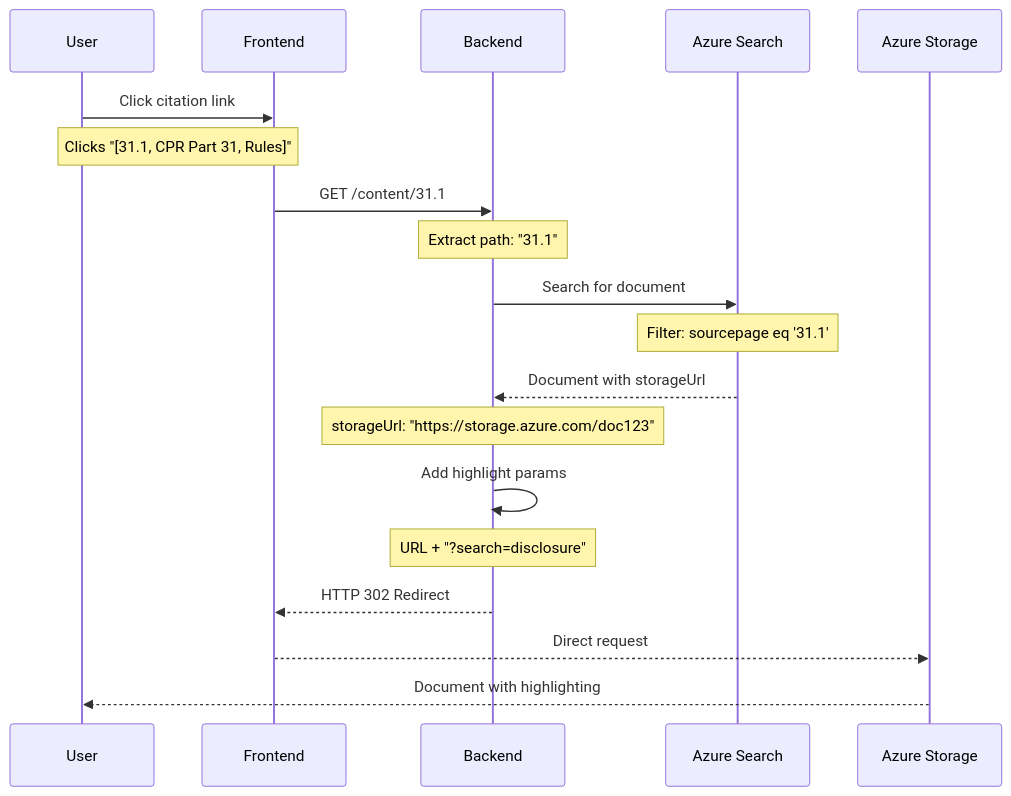
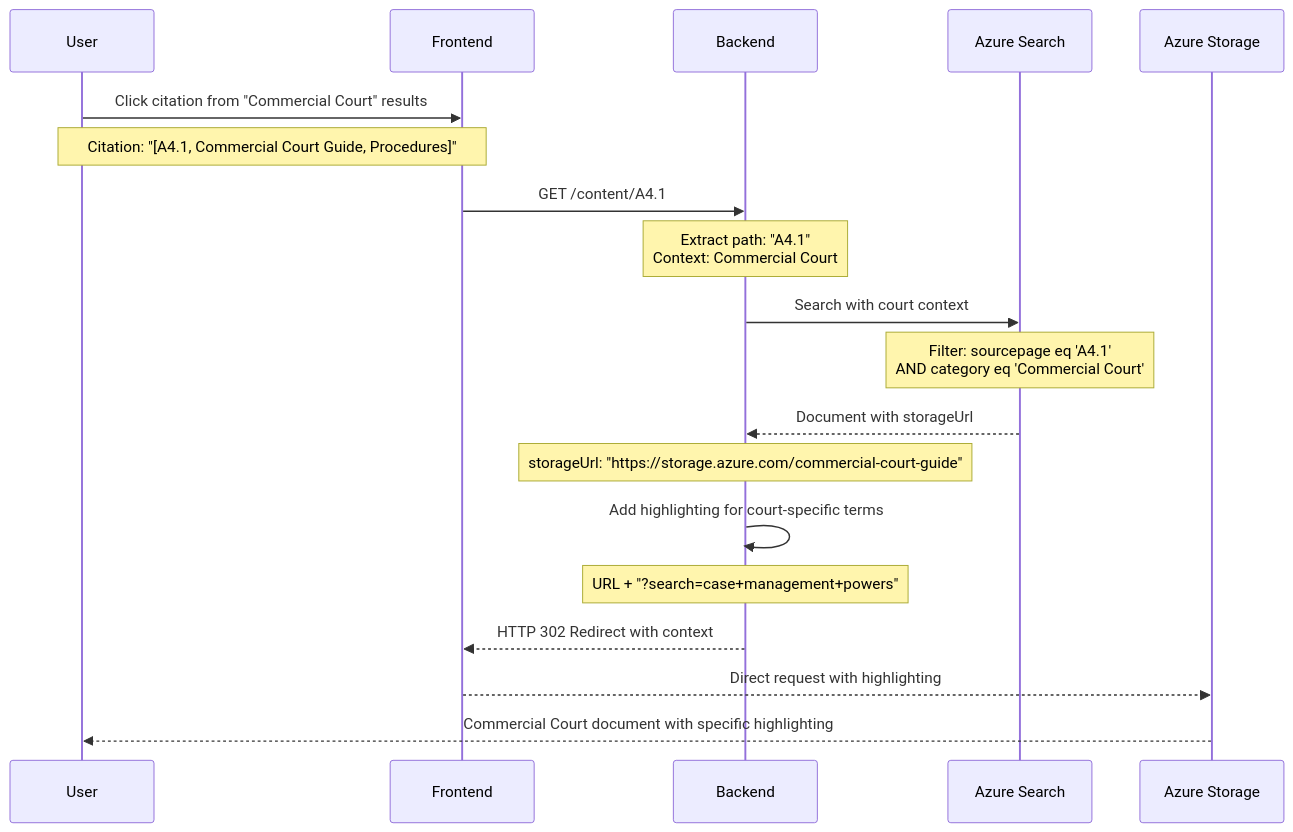
The sixth of 8 diagrams in changes and architecture/DATA_FLOW_DIAGRAMS.md (Adalex-AI/azure-search-openai-demo), drawn with Mermaid before and after one commit. The commit also changed other lines of this file and 25 other files, not shown here.

````diff
--- a/changes and architecture/DATA_FLOW_DIAGRAMS.md
+++ b/changes and architecture/DATA_FLOW_DIAGRAMS.md
@@ -145,27 +194,27 @@
 ```mermaid
 sequenceDiagram
     participant User
     participant Frontend
     participant Backend
     participant Search as Azure Search
     participant Storage as Azure Storage
 
-    User->>Frontend: Click citation link
-    Note over User,Frontend: Clicks "[31.1, CPR Part 31, Rules]"
+    User->>Frontend: Click citation from "Commercial Court" results
+    Note over User,Frontend: Citation: "[A4.1, Commercial Court Guide, Procedures]"
     
-    Frontend->>Backend: GET /content/31.1
-    Note over Backend: Extract path: "31.1"
+    Frontend->>Backend: GET /content/A4.1
+    Note over Backend: Extract path: "A4.1"<br/>Context: Commercial Court
     
-    Backend->>Search: Search for document
-    Note over Search: Filter: sourcepage eq '31.1'
+    Backend->>Search: Search with court context
+    Note over Search: Filter: sourcepage eq 'A4.1'<br/>AND category eq 'Commercial Court'
     
     Search-->>Backend: Document with storageUrl
-    Note over Backend: storageUrl: "https://storage.azure.com/doc123"
+    Note over Backend: storageUrl: "https://storage.azure.com/commercial-court-guide"
     
-    Backend->>Backend: Add highlight params
-    Note over Backend: URL + "?search=disclosure"
+    Backend->>Backend: Add highlighting for court-specific terms
+    Note over Backend: URL + "?search=case+management+powers"
     
-    Backend-->>Frontend: HTTP 302 Redirect
-    Frontend-->>Storage: Direct request
-    Storage-->>User: Document with highlighting
+    Backend-->>Frontend: HTTP 302 Redirect with context
+    Frontend-->>Storage: Direct request with highlighting
+    Storage-->>User: Commercial Court document with specific highlighting
 ```
````
